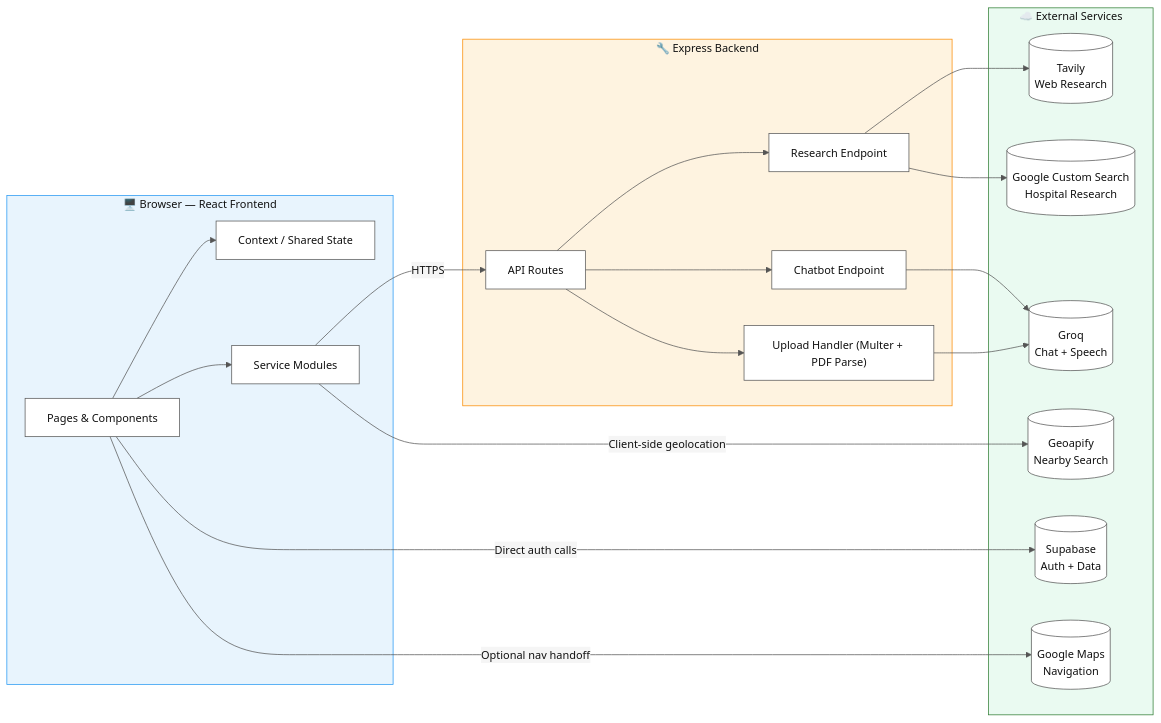
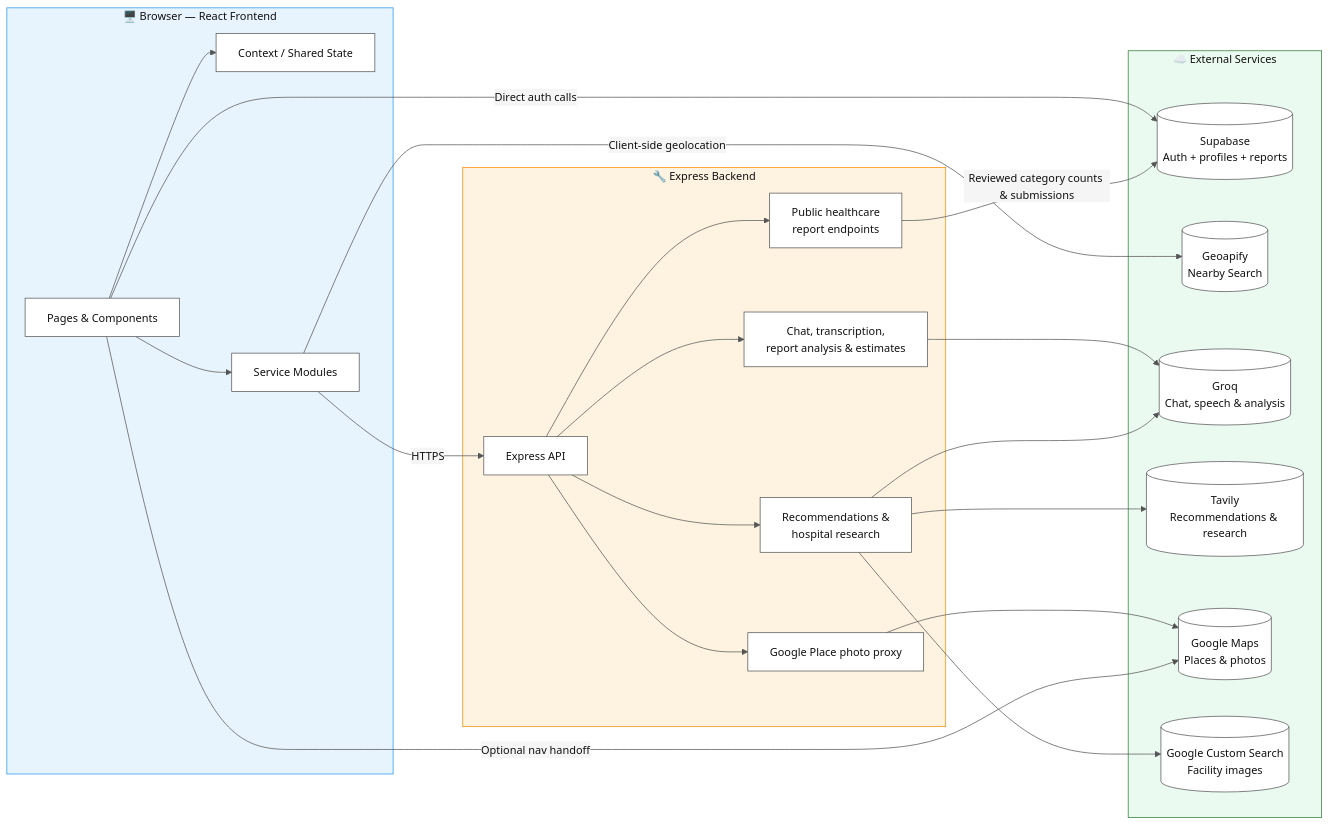
The second of 5 diagrams in README.md (vanshkatnor1505/BuiltTechies), drawn with Mermaid before and after one commit. The commit also changed other lines of this file, not shown here.

````diff
--- a/README.md
+++ b/README.md
@@ -121,45 +120,49 @@
 ```mermaid
     %%{init: {'theme':'base', 'themeVariables': {'primaryColor':'#ffffff','primaryTextColor':'#111111','primaryBorderColor':'#555555','lineColor':'#555555','secondaryColor':'#f5f5f5','tertiaryColor':'#ffffff','fontSize':'15px','darkMode':false,'background':'#ffffff'}}}%%
 flowchart LR
     subgraph Client["🖥️ Browser — React Frontend"]
         UI["Pages & Components"]
         CTX["Context / Shared State"]
         SVC["Service Modules"]
     end
 
     subgraph Server["🔧 Express Backend"]
-        API["API Routes"]
-        RSCH["Research Endpoint"]
-        CHAT["Chatbot Endpoint"]
-        UPL["Upload Handler (Multer + PDF Parse)"]
+        API["Express API"]
+        RSCH["Recommendations &\nhospital research"]
+        CHAT["Chat, transcription,\nreport analysis & estimates"]
+        PUB["Public healthcare\nreport endpoints"]
+        PHOTO["Google Place photo proxy"]
     end
 
     subgraph External["☁️ External Services"]
-        SB[("Supabase\nAuth + Data")]
+        SB[("Supabase\nAuth + profiles + reports")]
         GEO[("Geoapify\nNearby Search")]
-        GRQ[("Groq\nChat + Speech")]
-        TAV[("Tavily\nWeb Research")]
-        GMAP[("Google Maps\nNavigation")]
-        GSRCH[("Google Custom Search\nHospital Research")]
+        GRQ[("Groq\nChat, speech & analysis")]
+        TAV[("Tavily\nRecommendations & research")]
+        GMAP[("Google Maps\nPlaces & photos")]
+        GSRCH[("Google Custom Search\nFacility images")]
     end
 
     UI --> CTX
     UI --> SVC
     SVC -->|"HTTPS"| API
     UI -->|"Direct auth calls"| SB
 
     API --> RSCH
     API --> CHAT
-    API --> UPL
+    API --> PUB
+    API --> PHOTO
 
     RSCH --> TAV
+    CHAT --> GRQ
+    RSCH --> GRQ
+    PUB -->|"Reviewed category counts & submissions"| SB
+    PHOTO --> GMAP
     RSCH --> GSRCH
-    CHAT --> GRQ
-    UPL --> GRQ
     SVC -->|"Client-side geolocation"| GEO
     UI -->|"Optional nav handoff"| GMAP
 
     style Client fill:#e8f4fd,stroke:#2196F3,color:#111111
     style Server fill:#fef3e0,stroke:#FB8C00,color:#111111
     style External fill:#eafaf1,stroke:#2E7D32,color:#111111
 ```
````
